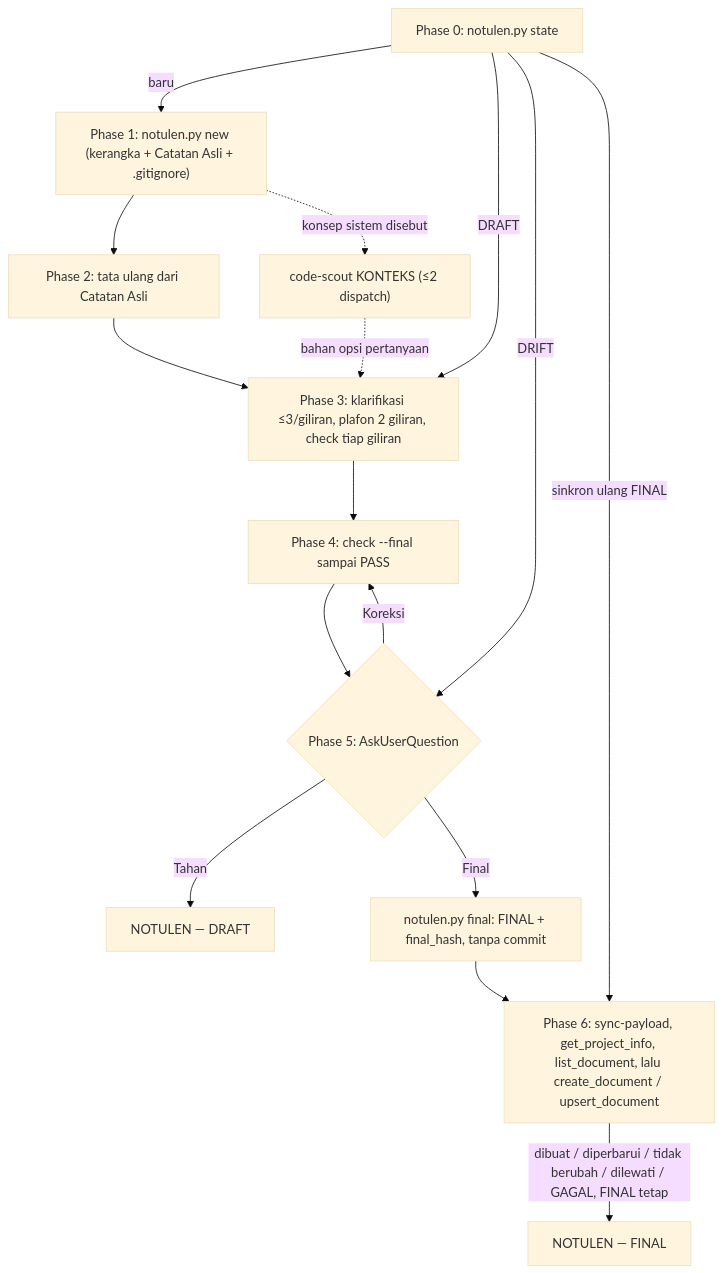
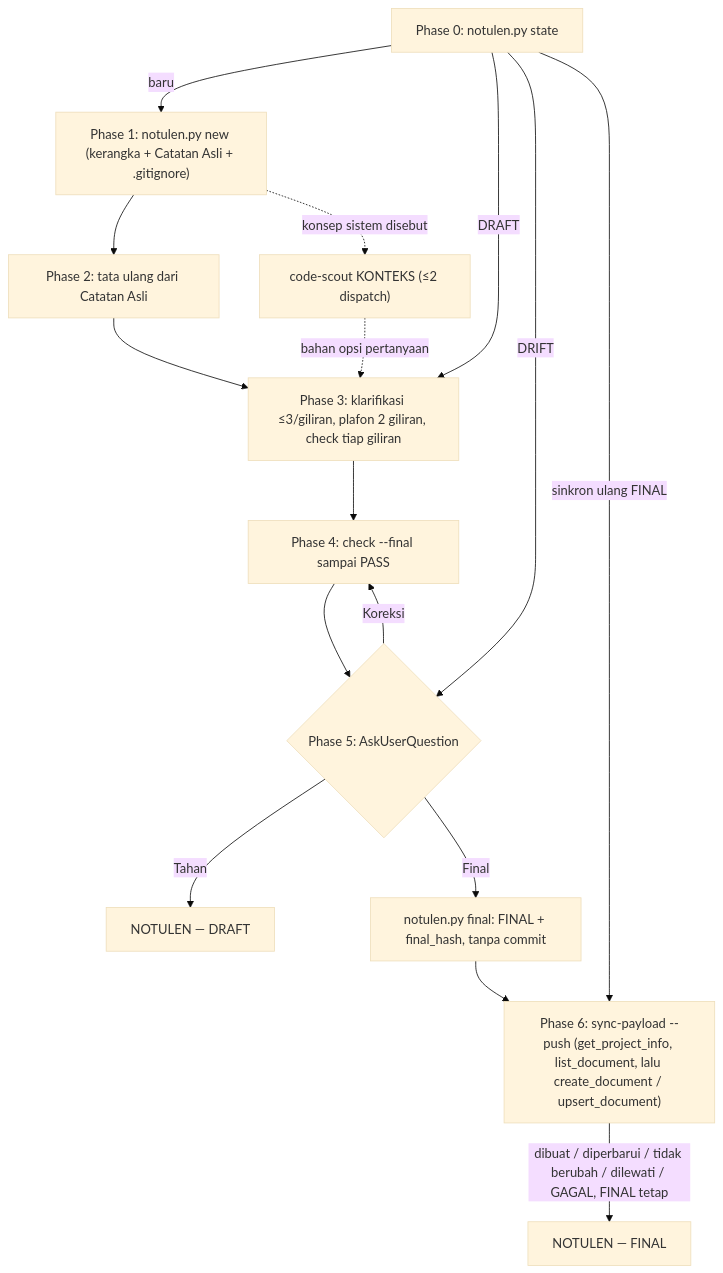
Before and after one commit to nataflow/agentic-workflow: the fourth of 6 diagrams in flow/analyst.md, drawn with Mermaid (base theme). The commit also changed other lines of this file and 29 other files, not shown here.

First line of the commit message:
docs(sync): prosedur sinkron satu perintah --push, setup url + key lokal, panduan migrasi (29 S7)

````diff
--- a/flow/analyst.md
+++ b/flow/analyst.md
@@ -381,18 +381,18 @@
 ```mermaid
 flowchart TD
     N0["Phase 0: notulen.py state"] -->|"baru"| N1["Phase 1: notulen.py new (kerangka + Catatan Asli + .gitignore)"]
     N0 -->|"DRAFT"| N3
     N0 -->|"DRIFT"| N5
     N0 -->|"sinkron ulang FINAL"| N6
     N1 --> N2["Phase 2: tata ulang dari Catatan Asli"]
     N1 -.->|"konsep sistem disebut"| NS["code-scout KONTEKS (≤2 dispatch)"]
     NS -.->|"bahan opsi pertanyaan"| N3
     N2 --> N3["Phase 3: klarifikasi ≤3/giliran, plafon 2 giliran, check tiap giliran"]
     N3 --> N4["Phase 4: check --final sampai PASS"]
     N4 --> N5{"Phase 5: AskUserQuestion"}
     N5 -->|"Koreksi"| N4
     N5 -->|"Tahan"| ND["NOTULEN — DRAFT"]
     N5 -->|"Final"| NF["notulen.py final: FINAL + final_hash, tanpa commit"]
-    NF --> N6["Phase 6: sync-payload, get_project_info, list_document, lalu create_document / upsert_document"]
+    NF --> N6["Phase 6: sync-payload --push (get_project_info, list_document, lalu create_document / upsert_document)"]
     N6 -->|"dibuat / diperbarui / tidak berubah / dilewati / GAGAL, FINAL tetap"| NE["NOTULEN — FINAL"]
 ```
````
